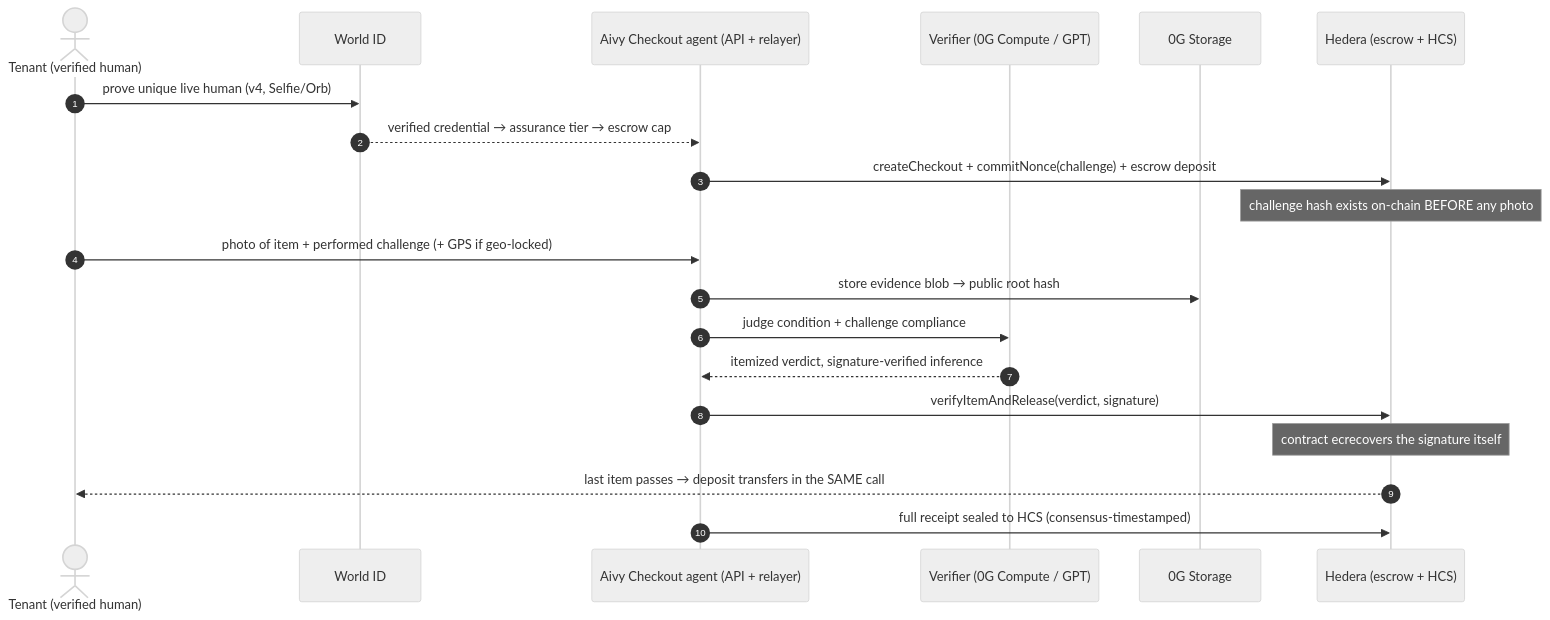
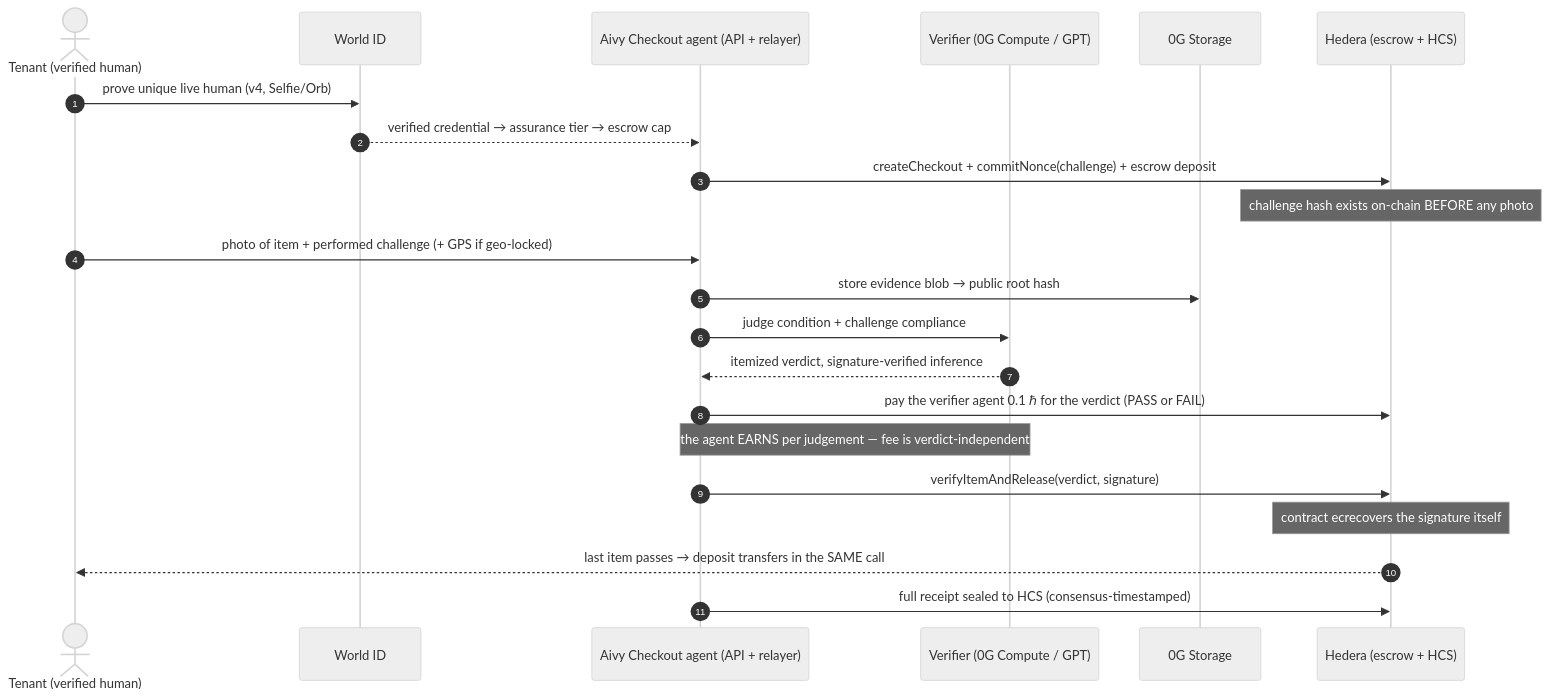
One commit to jmgomezl/aivy-checkout changed the first of 3 diagrams in README.md. Above: the diagram before and after it, drawn with Mermaid (neutral theme). The commit also changed other lines of this file and 2 other files, not shown here.

First line of the commit message:
The verifier agent gets PAID: 0.1 HBAR per verdict, own wallet, both revenue streams

````diff
--- a/README.md
+++ b/README.md
@@ -104,23 +104,25 @@
 ```mermaid
 sequenceDiagram
     autonumber
     actor T as Tenant (verified human)
     participant W as World ID
     participant A as Aivy Checkout agent (API + relayer)
     participant AI as Verifier (0G Compute / GPT)
     participant S as 0G Storage
     participant H as Hedera (escrow + HCS)
 
     T->>W: prove unique live human (v4, Selfie/Orb)
     W-->>A: verified credential → assurance tier → escrow cap
     A->>H: createCheckout + commitNonce(challenge) + escrow deposit
     Note over H: challenge hash exists on-chain BEFORE any photo
     T->>A: photo of item + performed challenge (+ GPS if geo-locked)
     A->>S: store evidence blob → public root hash
     A->>AI: judge condition + challenge compliance
     AI-->>A: itemized verdict, signature-verified inference
+    A->>H: pay the verifier agent 0.1 ℏ for the verdict (PASS or FAIL)
+    Note over A,AI: the agent EARNS per judgement — fee is verdict-independent
     A->>H: verifyItemAndRelease(verdict, signature)
     Note over H: contract ecrecovers the signature itself
     H-->>T: last item passes → deposit transfers in the SAME call
     A->>H: full receipt sealed to HCS (consensus-timestamped)
 ```
````
